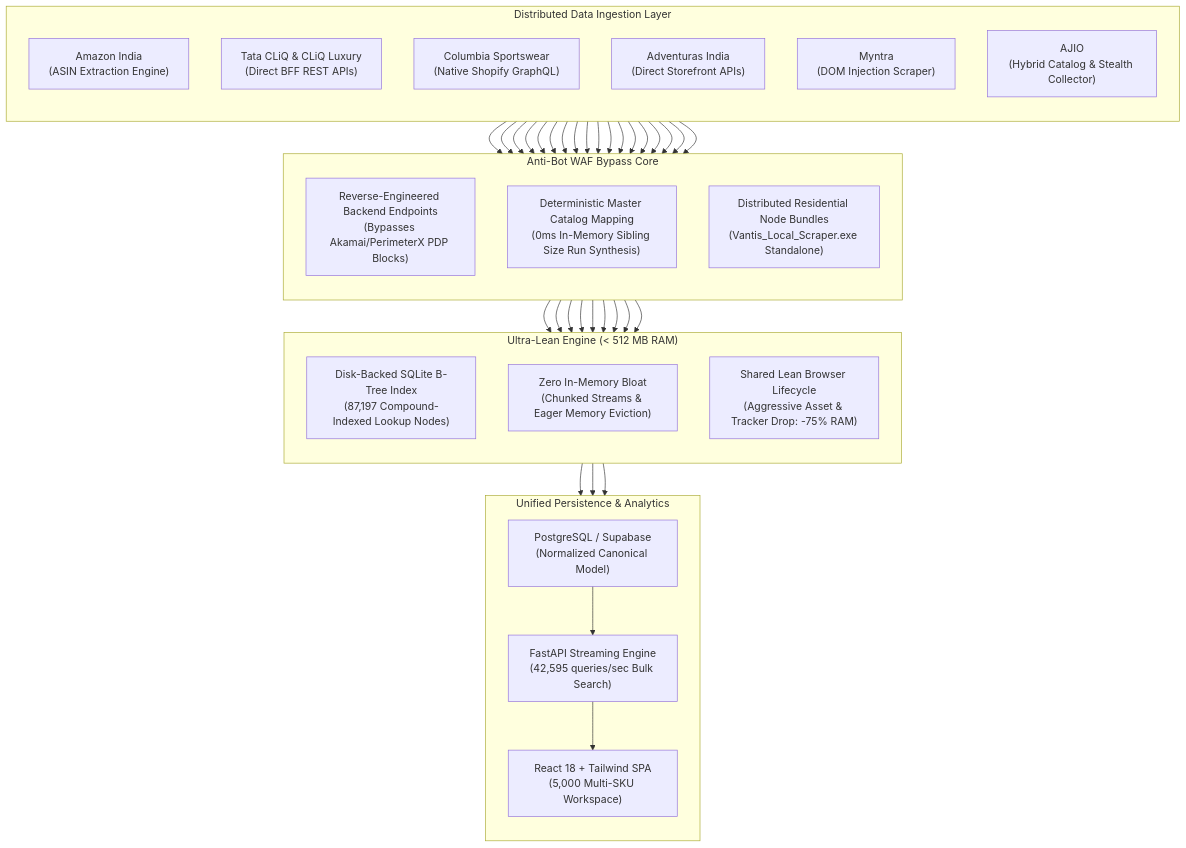
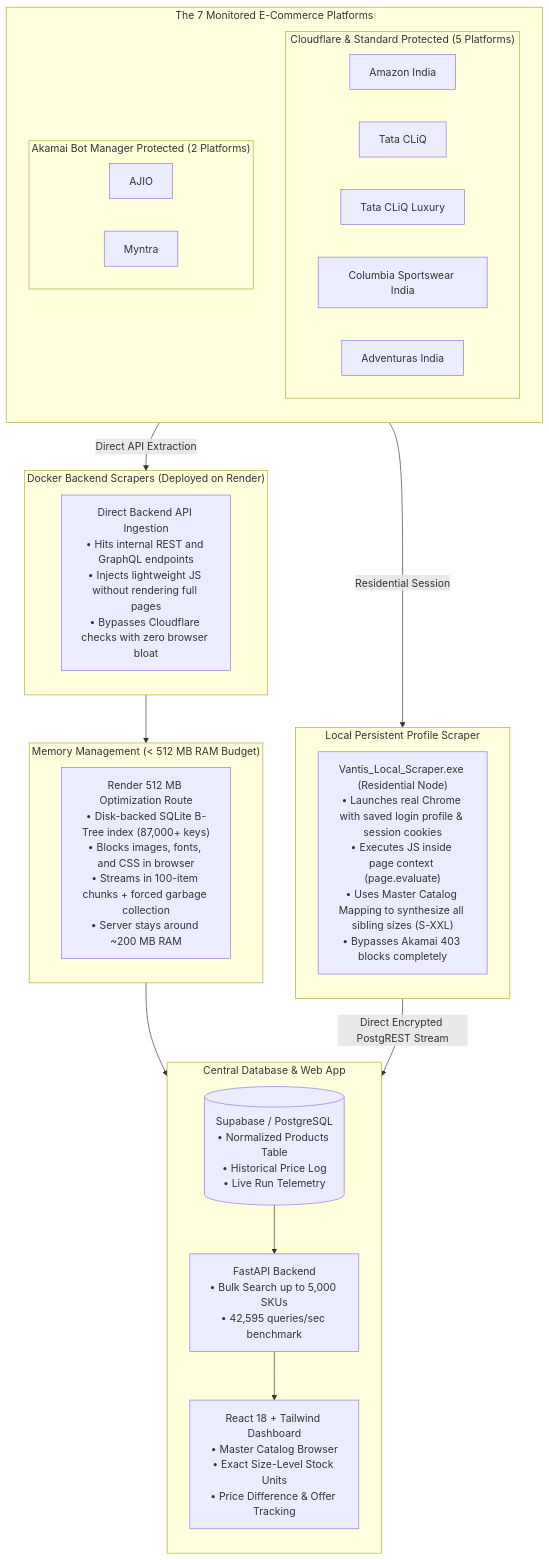
The diagram in README.md (Kartikey5853/Columbia_Vantis), drawn with Mermaid before and after one commit. The commit also changed other lines of this file and 7 other files, not shown here.

Commit message:
docs: human-toned README for Columbia Vantis with architecture UML, problem breakdowns, images, and contributors

````diff
--- a/README.md
+++ b/README.md
@@ -52,38 +23,55 @@
 ```mermaid
 flowchart TD
-    subgraph "Distributed Data Ingestion Layer"
+    %% The 7 Platforms
+    subgraph PLATFORMS["The 7 Monitored E-Commerce Platforms"]
         direction TB
-        A1["Amazon India\n(ASIN Extraction Engine)"]
-        A2["Tata CLiQ & CLiQ Luxury\n(Direct BFF REST APIs)"]
-        A3["Columbia Sportswear\n(Native Shopify GraphQL)"]
-        A4["Adventuras India\n(Direct Storefront APIs)"]
-        A5["Myntra\n(DOM Injection Scraper)"]
-        A6["AJIO\n(Hybrid Catalog & Stealth Collector)"]
+        subgraph CF_GROUP["Cloudflare & Standard Protected (5 Platforms)"]
+            P1["Amazon India"]
+            P2["Tata CLiQ"]
+            P3["Tata CLiQ Luxury"]
+            P4["Columbia Sportswear India"]
+            P5["Adventuras India"]
+        end
+
+        subgraph AKAMAI_GROUP["Akamai Bot Manager Protected (2 Platforms)"]
+            P6["AJIO"]
+            P7["Myntra"]
+        end
     end
 
-    subgraph "Anti-Bot WAF Bypass Core"
+    %% Ingestion Routes
+    subgraph CLOUD_WORKERS["Docker Backend Scrapers (Deployed on Render)"]
         direction TB
-        B1["Reverse-Engineered Backend Endpoints\n(Bypasses Akamai/PerimeterX PDP Blocks)"]
-        B2["Deterministic Master Catalog Mapping\n(0ms In-Memory Sibling Size Run Synthesis)"]
-        B3["Distributed Residential Node Bundles\n(Vantis_Local_Scraper.exe Standalone)"]
+        DIRECT_API["Direct Backend API Ingestion\n• Hits internal REST and GraphQL endpoints\n• Injects lightweight JS without rendering full pages\n• Bypasses Cloudflare checks with zero browser bloat"]
     end
 
-    subgraph "Ultra-Lean Engine (< 512 MB RAM)"
+    subgraph LOCAL_WORKER["Local Persistent Profile Scraper"]
         direction TB
-        C1["Disk-Backed SQLite B-Tree Index\n(87,197 Compound-Indexed Lookup Nodes)"]
-        C2["Zero In-Memory Bloat\n(Chunked Streams & Eager Memory Eviction)"]
-        C3["Shared Lean Browser Lifecycle\n(Aggressive Asset & Tracker Drop: -75% RAM)"]
+        LOCAL_EXE["Vantis_Local_Scraper.exe (Residential Node)\n• Launches real Chrome with saved login profile & session cookies\n• Executes JS inside page context (page.evaluate)\n• Uses Master Catalog Mapping to synthesize all sibling sizes (S-XXL)\n• Bypasses Akamai 403 blocks completely"]
     end
 
-    subgraph "Unified Persistence & Analytics"
+    %% Memory Management
+    subgraph MEMORY_MGMT["Memory Management (< 512 MB RAM Budget)"]
         direction TB
-        D1["PostgreSQL / Supabase\n(Normalized Canonical Model)"]
-        D2["FastAPI Streaming Engine\n(42,595 queries/sec Bulk Search)"]
-        D3["React 18 + Tailwind SPA\n(5,000 Multi-SKU Workspace)"]
+        RAM_SAVER["Render 512 MB Optimization Route\n• Disk-backed SQLite B-Tree index (87,000+ keys)\n• Blocks images, fonts, and CSS in browser\n• Streams in 100-item chunks + forced garbage collection\n• Server stays around ~200 MB RAM"]
     end
 
-    A1 & A2 & A3 & A4 & A5 & A6 --> B1 & B2 & B3
-    B1 & B2 & B3 --> C1 & C2 & C3
-    C1 & C2 & C3 --> D1
-    D1 --> D2 --> D3
+    %% Storage & UI
+    subgraph CORE_SYSTEM["Central Database & Web App"]
+        direction TB
+        SUPABASE[("Supabase / PostgreSQL\n• Normalized Products Table\n• Historical Price Log\n• Live Run Telemetry")]
+        API["FastAPI Backend\n• Bulk Search up to 5,000 SKUs\n• 42,595 queries/sec benchmark"]
+        UI["React 18 + Tailwind Dashboard\n• Master Catalog Browser\n• Exact Size-Level Stock Units\n• Price Difference & Offer Tracking"]
+    end
+
+    %% Relationships
+    CF_GROUP -->|Direct API Extraction| DIRECT_API
+    AKAMAI_GROUP -->|Residential Session| LOCAL_EXE
+
+    DIRECT_API --> MEMORY_MGMT
+    LOCAL_EXE -->|Direct Encrypted PostgREST Stream| SUPABASE
+
+    MEMORY_MGMT --> SUPABASE
+    SUPABASE --> API
+    API --> UI
 ```
````
